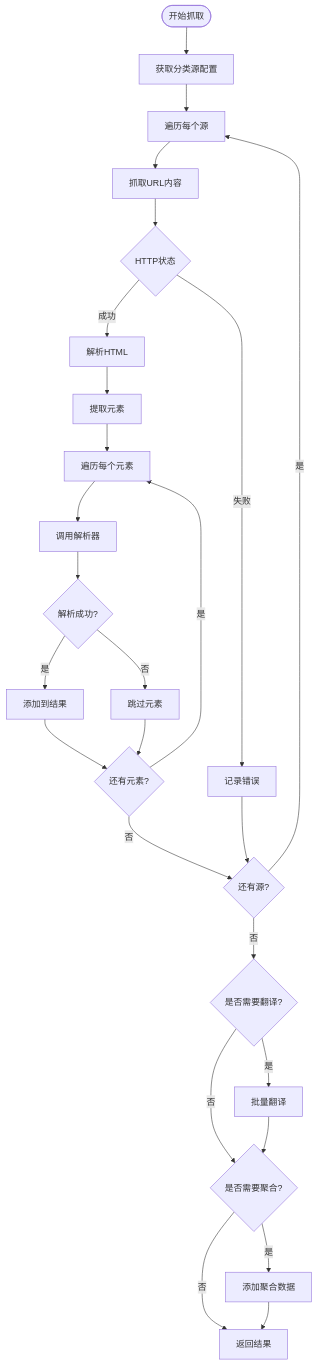
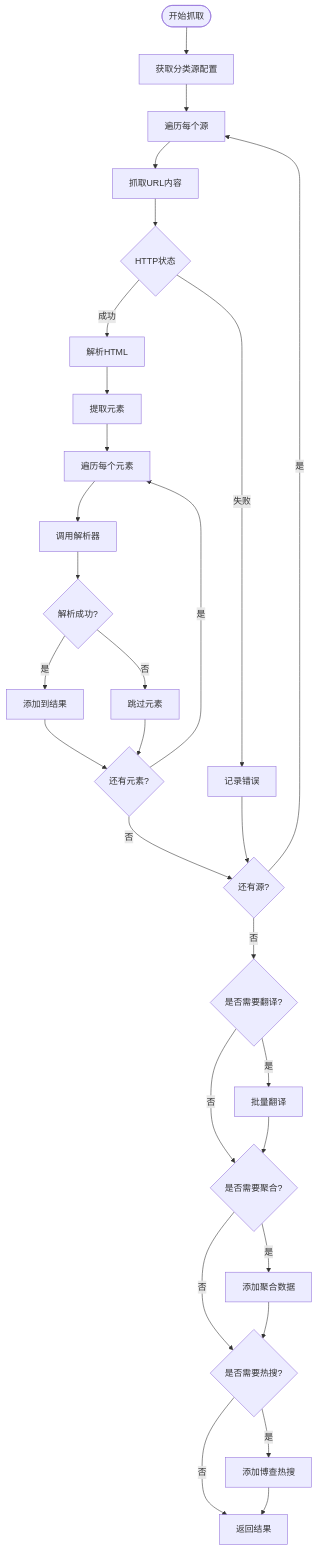
One commit to zuozuoliu740-cmd/xianxiong-news changed diagram 11 of 13 in .qoder/repowiki/zh/content/核心功能模块/新闻数据获取系统.md. Above: the diagram before and after it, drawn with Mermaid. The commit also changed other lines of this file and 72 other files, not shown here.

````diff
--- a/.qoder/repowiki/zh/content/核心功能模块/新闻数据获取系统.md
+++ b/.qoder/repowiki/zh/content/核心功能模块/新闻数据获取系统.md
@@ -790,28 +541,31 @@
 ```mermaid
 flowchart TD
 Start([开始抓取]) --> GetSources["获取分类源配置"]
 GetSources --> LoopSources["遍历每个源"]
 LoopSources --> FetchURL["抓取URL内容"]
 FetchURL --> CheckStatus{HTTP状态}
 CheckStatus --> |失败| LogError[记录错误]
 CheckStatus --> |成功| ParseHTML[解析HTML]
 ParseHTML --> ExtractElements["提取元素"]
 ExtractElements --> LoopElements["遍历每个元素"]
 LoopElements --> ParseElement[调用解析器]
 ParseElement --> CheckResult{解析成功?}
 CheckResult --> |是| AddToResults[添加到结果]
 CheckResult --> |否| SkipElement[跳过元素]
 AddToResults --> MoreElements{还有元素?}
 SkipElement --> MoreElements
 MoreElements --> |是| LoopElements
 MoreElements --> |否| NextSource{还有源?}
 NextSource --> |是| LoopSources
 NextSource --> |否| CheckTranslation{是否需要翻译?}
 CheckTranslation --> |是| TranslateBatch[批量翻译]
 CheckTranslation --> |否| CheckJuhe{是否需要聚合?}
 TranslateBatch --> CheckJuhe
 CheckJuhe --> |是| AddJuhe[添加聚合数据]
-CheckJuhe --> |否| ReturnResults[返回结果]
-AddJuhe --> ReturnResults
+CheckJuhe --> |否| CheckBocha{是否需要热搜?}
+AddJuhe --> CheckBocha
+CheckBocha --> |是| AddBocha[添加博查热搜]
+CheckBocha --> |否| ReturnResults[返回结果]
+AddBocha --> ReturnResults
 LogError --> NextSource
 ```
````
